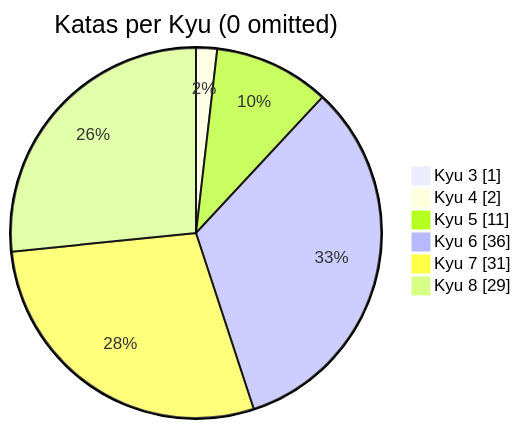
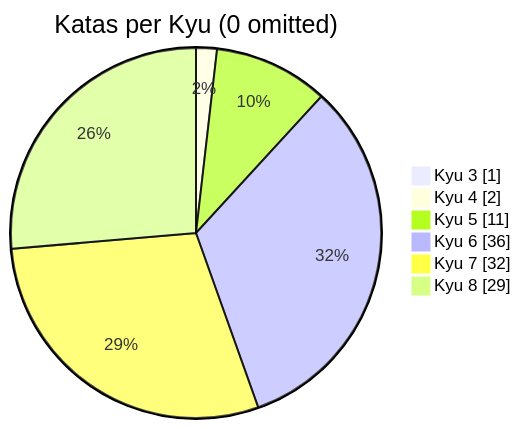
Before and after one commit to MauricioLudwig/codewars-typescript: the diagram in README.md, drawn with Mermaid. The commit also changed other lines of this file, not shown here.

````diff
--- a/README.md
+++ b/README.md
@@ -21,10 +21,10 @@
 ```mermaid
 pie showData
     title Katas per Kyu (0 omitted)
 	"Kyu 3": 1
 	"Kyu 4": 2
 	"Kyu 5": 11
 	"Kyu 6": 36
-	"Kyu 7": 31
+	"Kyu 7": 32
 	"Kyu 8": 29
 ```
````
